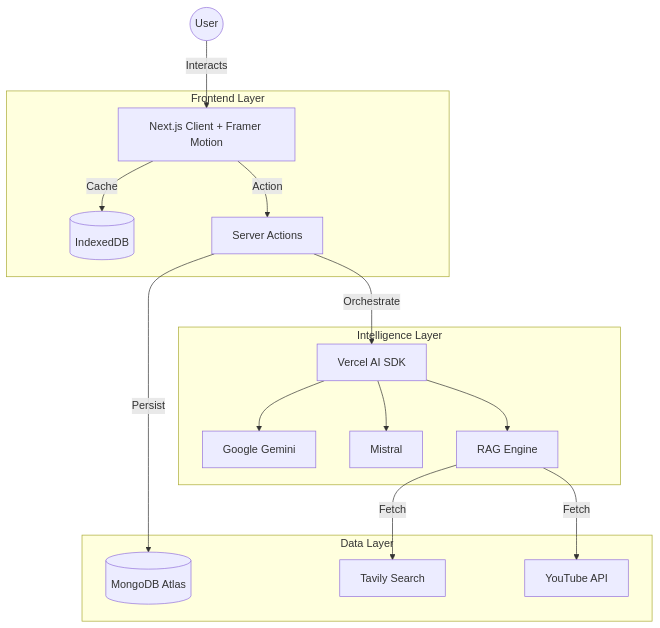
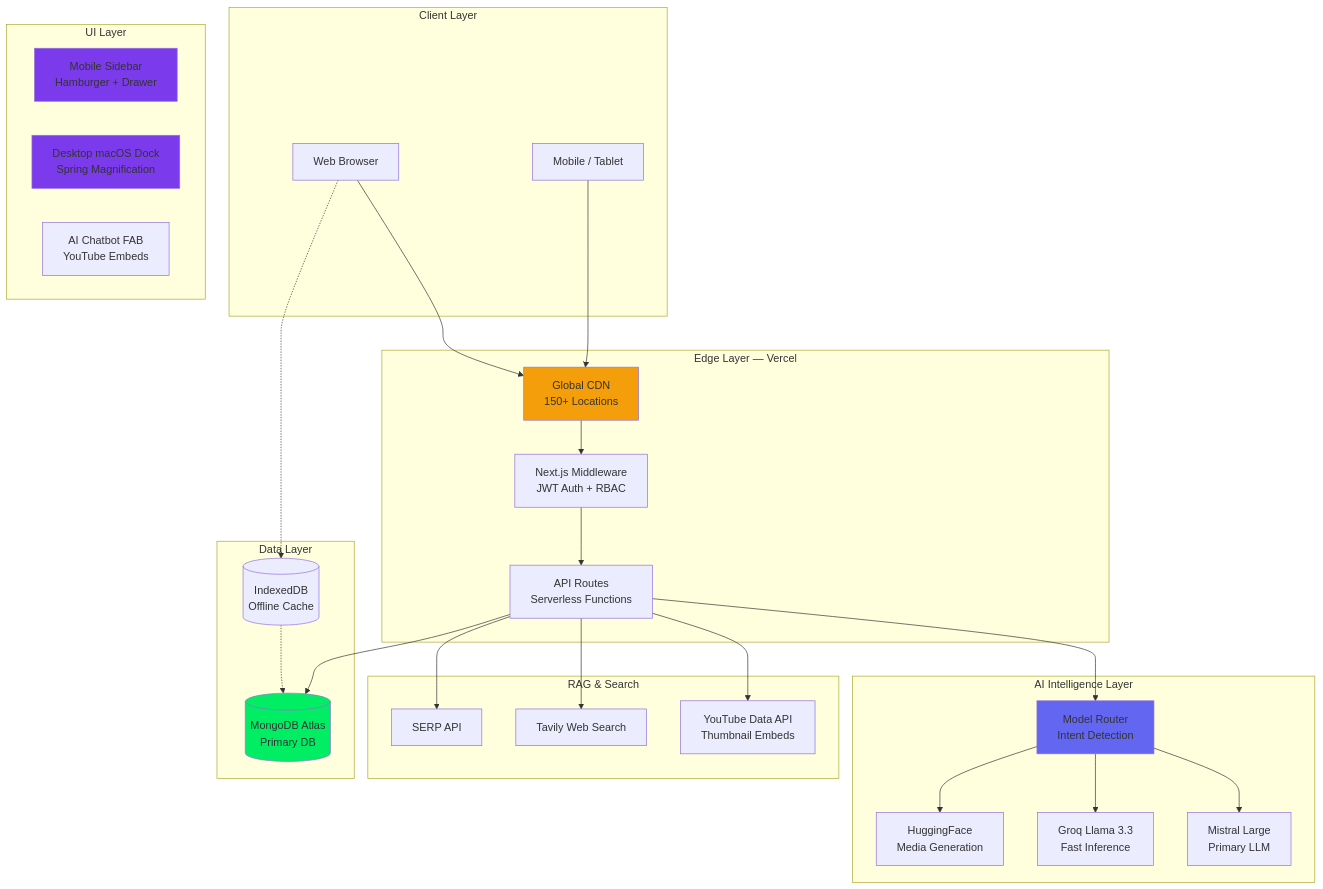
One commit to grharsha777/Ganapathi-Mentor-AI changed the diagram in README.md. Above: the diagram before and after it, drawn with Mermaid. The commit also changed other lines of this file and 52 other files, not shown here.

First line of the commit message:
v3.0.0: Full responsiveness, mobile sidebar, AI personality, YouTube embeds, updated docs

````diff
--- a/README.md
+++ b/README.md
@@ -92,22 +91,57 @@
 ```mermaid
-graph TD
-    User((User)) -->|Interacts| UI[Next.js Client + Framer Motion]
-    
-    subgraph "Frontend Layer"
-        UI -->|Cache| IDB[(IndexedDB)]
-        UI -->|Action| Server[Server Actions]
+graph TB
+    subgraph "Client Layer"
+        Browser[Web Browser]
+        Mobile[Mobile / Tablet]
     end
-    
-    subgraph "Intelligence Layer"
-        Server -->|Orchestrate| AISDK[Vercel AI SDK]
-        AISDK --> Gemini[Google Gemini]
-        AISDK --> Mistral[Mistral]
-        AISDK --> RAG[RAG Engine]
+
+    subgraph "UI Layer"
+        Sidebar[Mobile Sidebar<br/>Hamburger + Drawer]
+        Dock[Desktop macOS Dock<br/>Spring Magnification]
+        Chatbot[AI Chatbot FAB<br/>YouTube Embeds]
     end
-    
+
+    subgraph "Edge Layer — Vercel"
+        CDN[Global CDN<br/>150+ Locations]
+        Middleware[Next.js Middleware<br/>JWT Auth + RBAC]
+        API[API Routes<br/>Serverless Functions]
+    end
+
+    subgraph "AI Intelligence Layer"
+        Router[Model Router<br/>Intent Detection]
+        Mistral[Mistral Large<br/>Primary LLM]
+        Groq[Groq Llama 3.3<br/>Fast Inference]
+        HF[HuggingFace<br/>Media Generation]
+    end
+
+    subgraph "RAG & Search"
+        YouTube[YouTube Data API<br/>Thumbnail Embeds]
+        Tavily[Tavily Web Search]
+        SERP[SERP API]
+    end
+
     subgraph "Data Layer"
-        Server -->|Persist| Mongo[(MongoDB Atlas)]
-        RAG -->|Fetch| Tavily[Tavily Search]
-        RAG -->|Fetch| YT[YouTube API]
+        MongoDB[(MongoDB Atlas<br/>Primary DB)]
+        IDB[(IndexedDB<br/>Offline Cache)]
     end
+
+    Browser --> CDN
+    Mobile --> CDN
+    CDN --> Middleware --> API
+    API --> Router
+    Router --> Mistral
+    Router --> Groq
+    Router --> HF
+    API --> YouTube
+    API --> Tavily
+    API --> SERP
+    API --> MongoDB
+    Browser -.-> IDB
+    IDB -.-> MongoDB
+
+    style Router fill:#6366f1
+    style MongoDB fill:#00ed64
+    style CDN fill:#f59e0b
+    style Sidebar fill:#7C3AED
+    style Dock fill:#7C3AED
 ```
````
